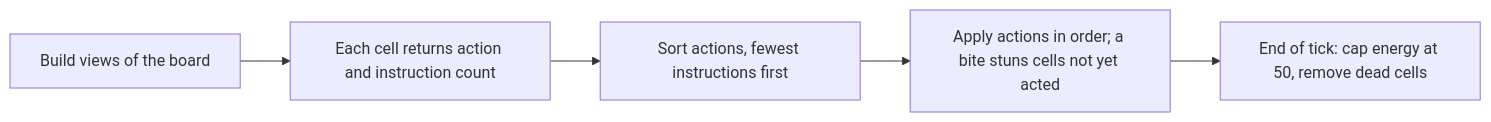
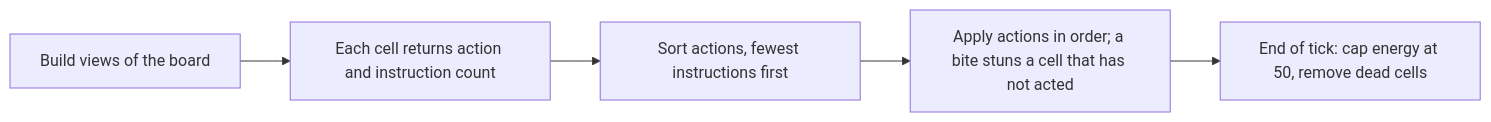
The diagram in architecture/simulator.md (avarice-dev/AI-CellHack2), drawn with Mermaid before and after one commit. The commit also changed other lines of this file, not shown here.

````diff
--- a/architecture/simulator.md
+++ b/architecture/simulator.md
@@ -19,7 +19,7 @@
 ```mermaid
 flowchart LR
     A["Build views of the board"] --> B["Each cell returns action and instruction count"]
     B --> C["Sort actions, fewest instructions first"]
-    C --> D["Apply actions in order; a bite stuns cells not yet acted"]
+    C --> D["Apply actions in order; a bite stuns a cell that has not acted"]
     D --> E["End of tick: cap energy at 50, remove dead cells"]
 ```
````
